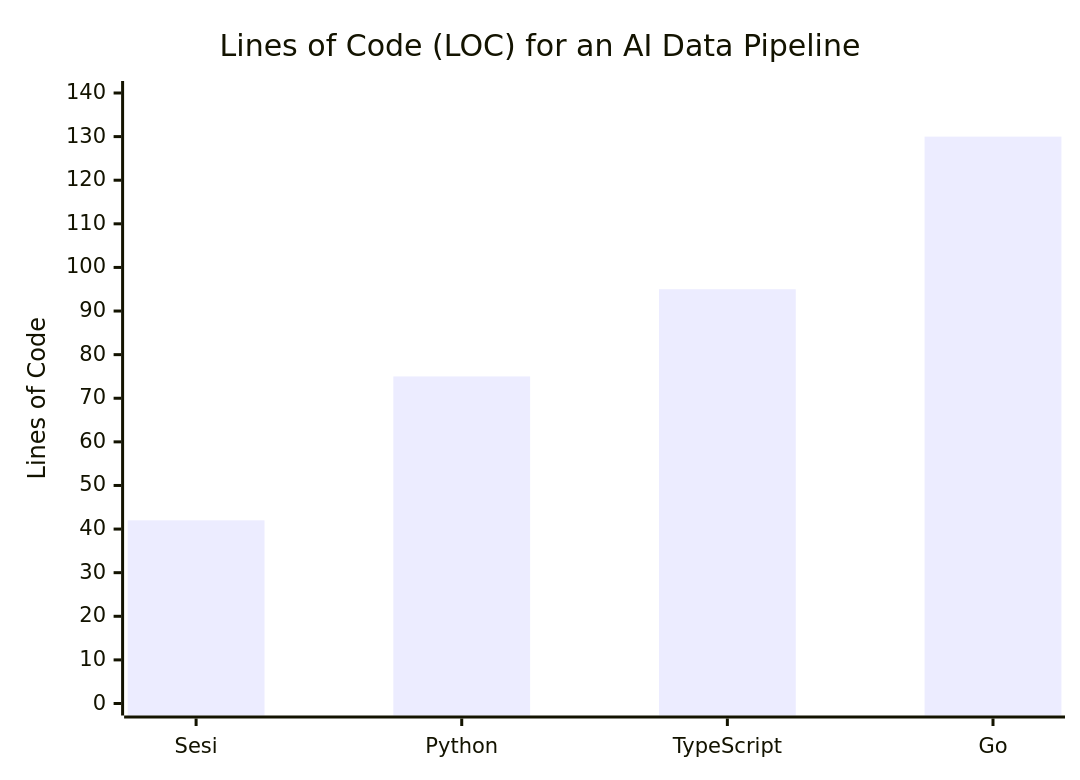
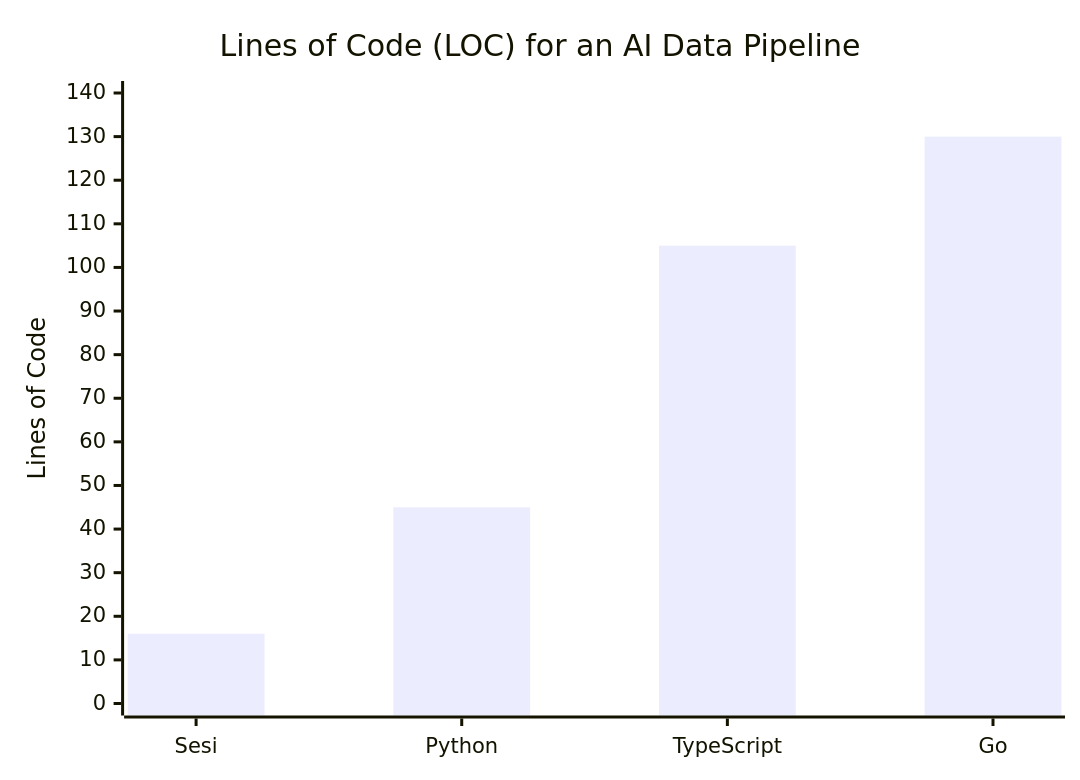
Before and after one commit to Misterscan/Sesi: the first of 3 diagrams in docs/COMPARISON.md, drawn with Mermaid. The commit also changed other lines of this file and 50 other files, not shown here.

````diff
--- a/docs/COMPARISON.md
+++ b/docs/COMPARISON.md
@@ -15,7 +15,7 @@
 ```mermaid
 xychart-beta
     title "Lines of Code (LOC) for an AI Data Pipeline"
     x-axis ["Sesi", "Python", "TypeScript", "Go"]
     y-axis "Lines of Code" 0 --> 140
-    bar [42, 75, 95, 130]
+    bar [16, 45, 105, 130]
 ```
````
